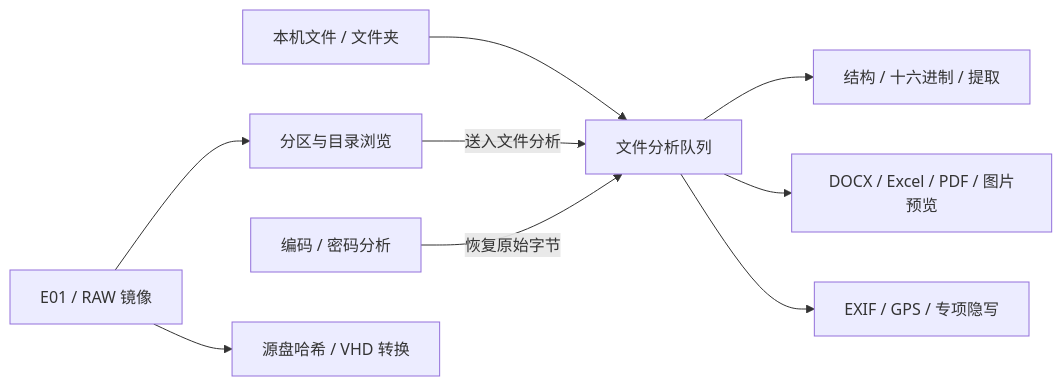
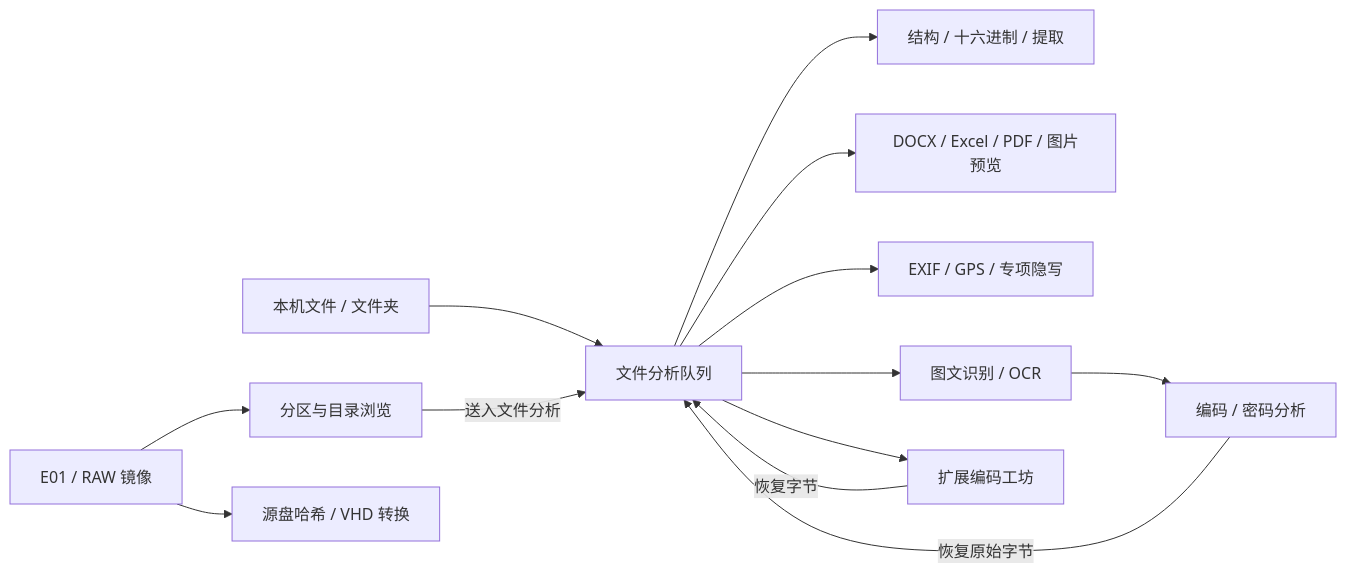
The diagram in README.md (EvanYzl/HexScope-CTF), drawn with Mermaid before and after one commit. The commit also changed other lines of this file and 332 other files, not shown here.

````diff
--- a/README.md
+++ b/README.md
@@ -77,11 +85,15 @@
 ```mermaid
 flowchart LR
     A[本机文件 / 文件夹] --> Q[文件分析队列]
     E[E01 / RAW 镜像] --> B[分区与目录浏览]
     B -->|送入文件分析| Q
     C[编码 / 密码分析] -->|恢复原始字节| Q
     Q --> H[结构 / 十六进制 / 提取]
     Q --> P[DOCX / Excel / PDF / 图片预览]
     Q --> M[EXIF / GPS / 专项隐写]
+    Q --> V[图文识别 / OCR]
+    V --> C
+    Q --> X[扩展编码工坊]
+    X -->|恢复字节| Q
     E --> D[源盘哈希 / VHD 转换]
 ```
````
